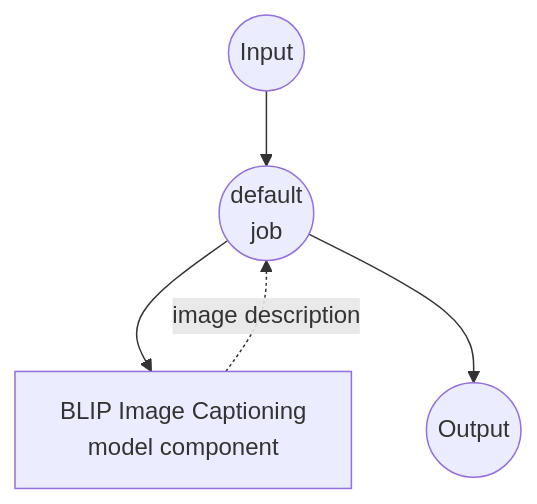
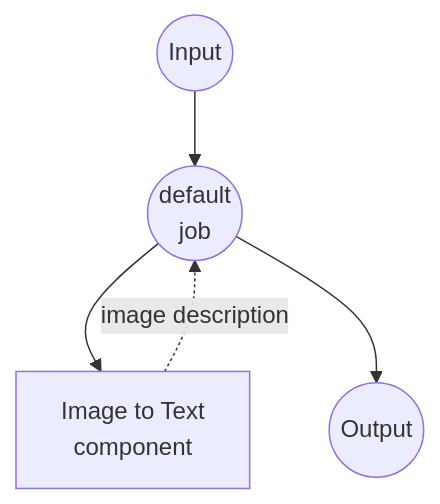
The diagram in examples/model-tasks/image-to-text/README.md (hanyeol/model-compose), drawn with Mermaid before and after one commit. The commit also changed other lines of this file and 24 other files, not shown here.

````diff
--- a/examples/model-tasks/image-to-text/README.md
+++ b/examples/model-tasks/image-to-text/README.md
@@ -112,16 +120,16 @@
 ```mermaid
 graph TD
     %% Default job (implicit)
     J1((default<br/>job))
 
     %% Component
-    C1[BLIP Image Captioning<br/>model component]
+    C1[Image to Text<br/>component]
 
     %% Job to component connections (solid: invokes, dotted: returns)
     J1 --> C1
     C1 -.-> |image description| J1
 
     %% Input/Output
     Input((Input)) --> J1
     J1 --> Output((Output))
 ```
````
